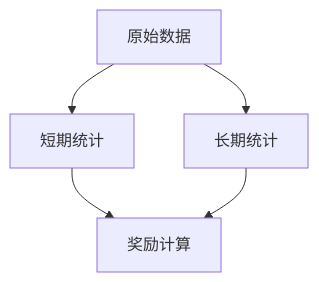
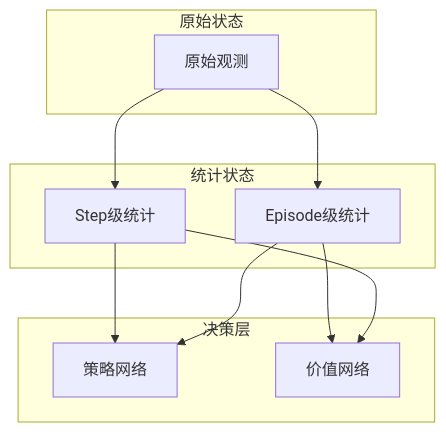
The first of 3 diagrams in README.md (zengliangjun/HUMANOID), drawn with Mermaid before and after one commit. The commit also changed other lines of this file, not shown here.

````diff
--- a/README.md
+++ b/README.md
@@ -42,7 +80,16 @@
 ```mermaid
-graph TD
-    A[原始数据] --> B[短期统计]
-    A --> C[长期统计]
-    B --> D[奖励计算]
-    C --> D
+graph TB
+    subgraph 原始状态
+        A[原始观测]
+    end
+    subgraph 统计状态
+        A --> B[Step级统计]
+        A --> C[Episode级统计]
+    end
+    subgraph 决策层
+        B --> D[策略网络]
+        C --> E[价值网络]
+        C --> D
+        B --> E
+    end
 ```
````
